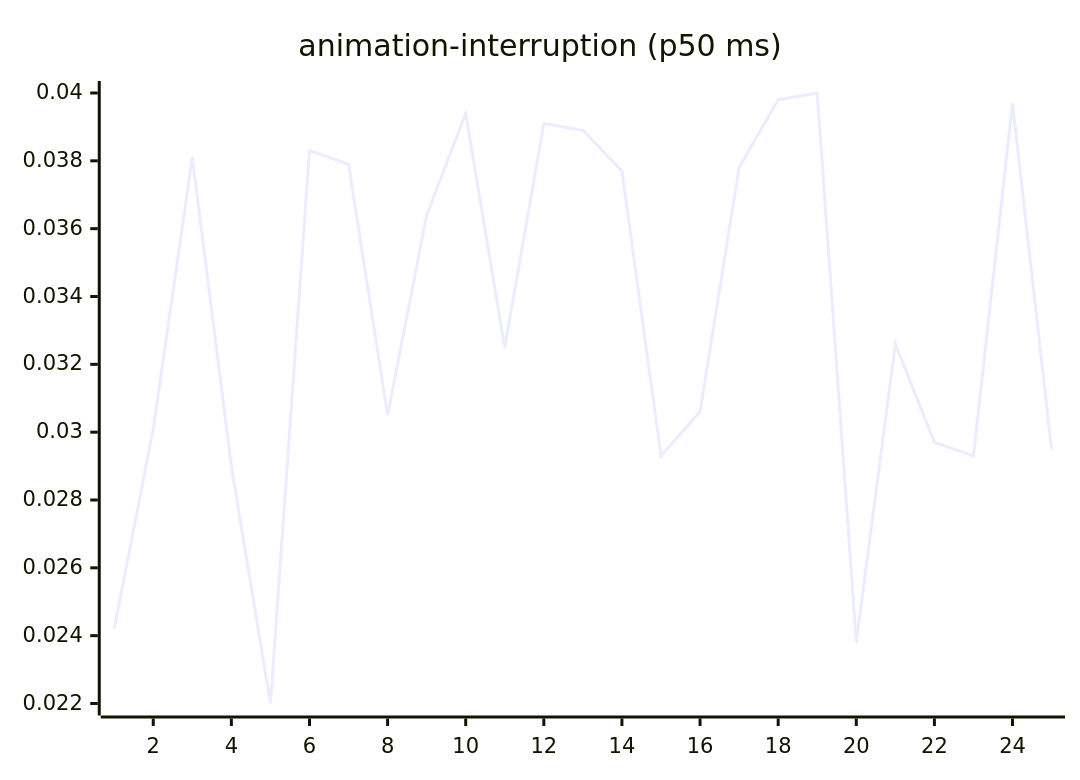
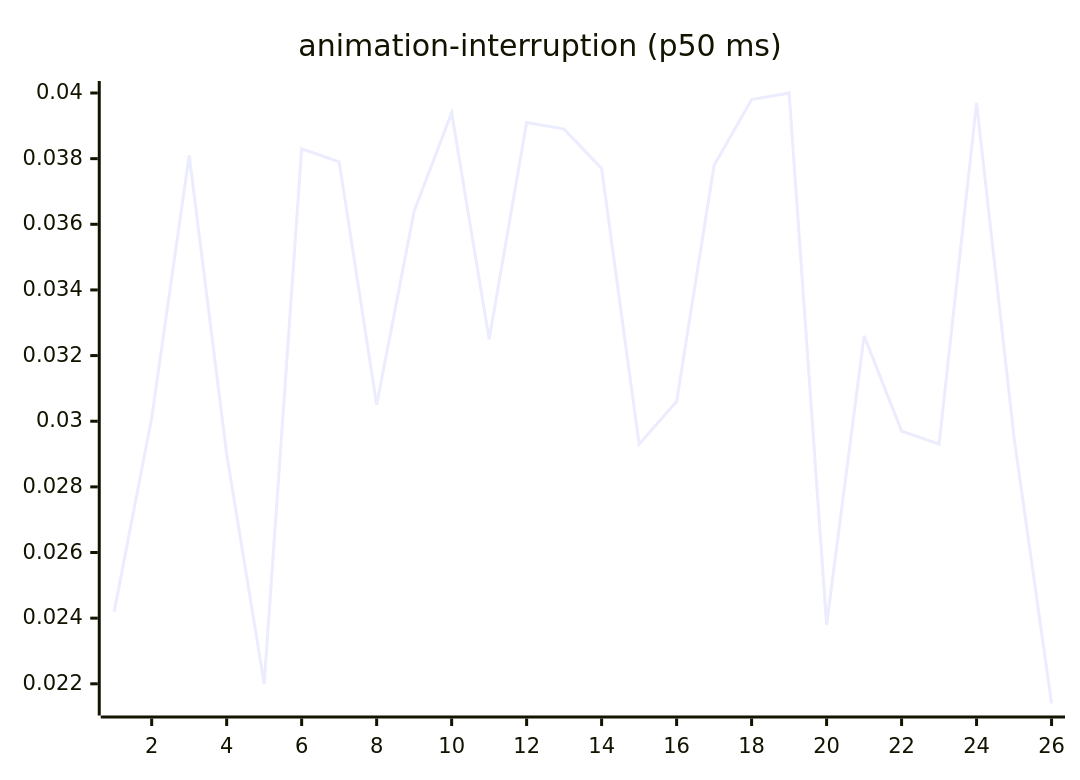
One commit to josha/Facet changed the third of 27 diagrams in README.md. Above: the diagram before and after it, drawn with Mermaid. The commit also changed other lines of this file and 2 other files, not shown here.

````diff
--- a/README.md
+++ b/README.md
@@ -77,6 +77,6 @@
 ```mermaid
 xychart-beta
     title "animation-interruption (p50 ms)"
-    x-axis 1 --> 25
-    line [0.0242, 0.0301, 0.0381, 0.0290, 0.0220, 0.0383, 0.0379, 0.0305, 0.0364, 0.0394, 0.0325, 0.0391, 0.0389, 0.0377, 0.0293, 0.0306, 0.0378, 0.0398, 0.0400, 0.0238, 0.0326, 0.0297, 0.0293, 0.0397, 0.0295]
+    x-axis 1 --> 26
+    line [0.0242, 0.0301, 0.0381, 0.0290, 0.0220, 0.0383, 0.0379, 0.0305, 0.0364, 0.0394, 0.0325, 0.0391, 0.0389, 0.0377, 0.0293, 0.0306, 0.0378, 0.0398, 0.0400, 0.0238, 0.0326, 0.0297, 0.0293, 0.0397, 0.0295, 0.0214]
 ```
````
